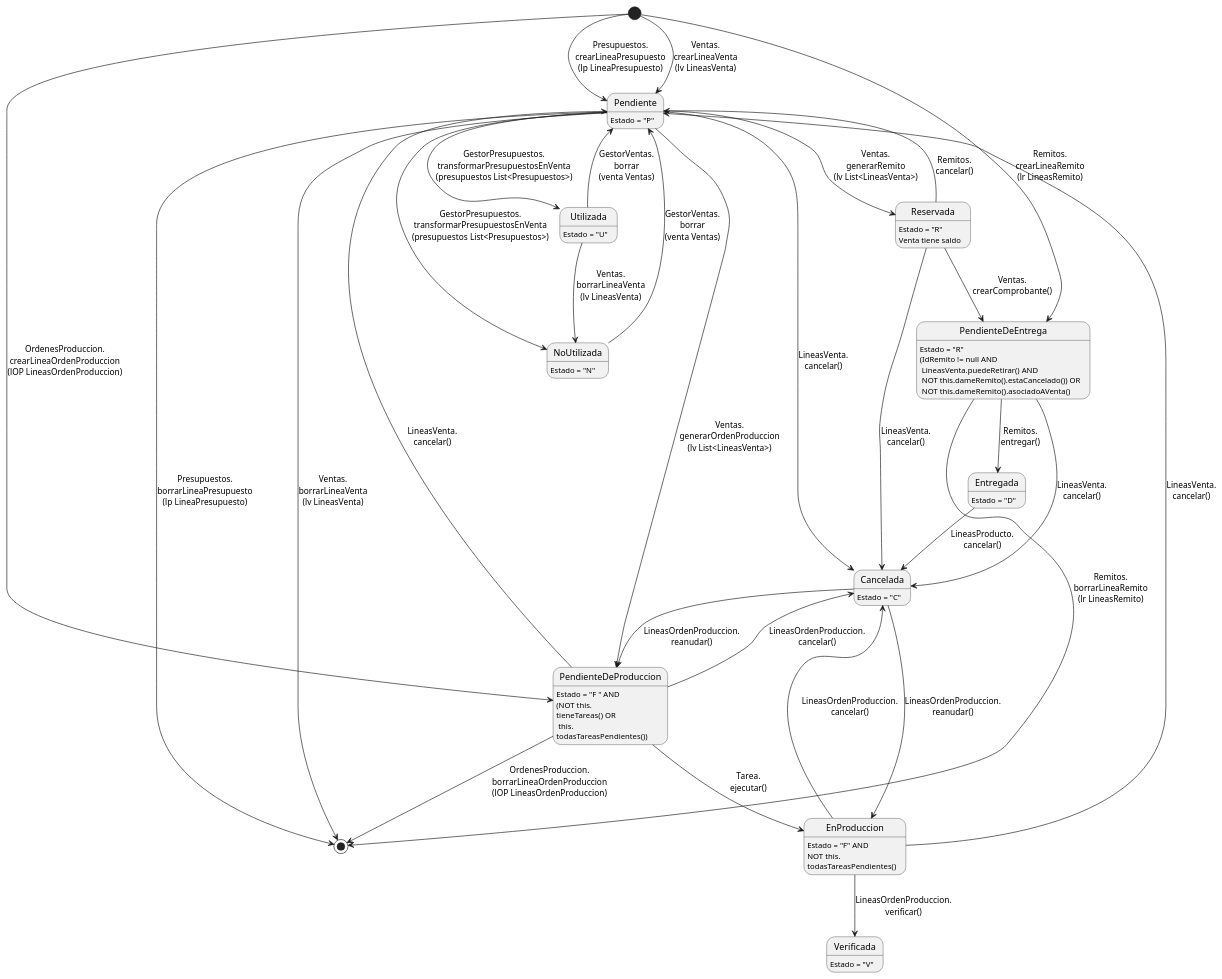
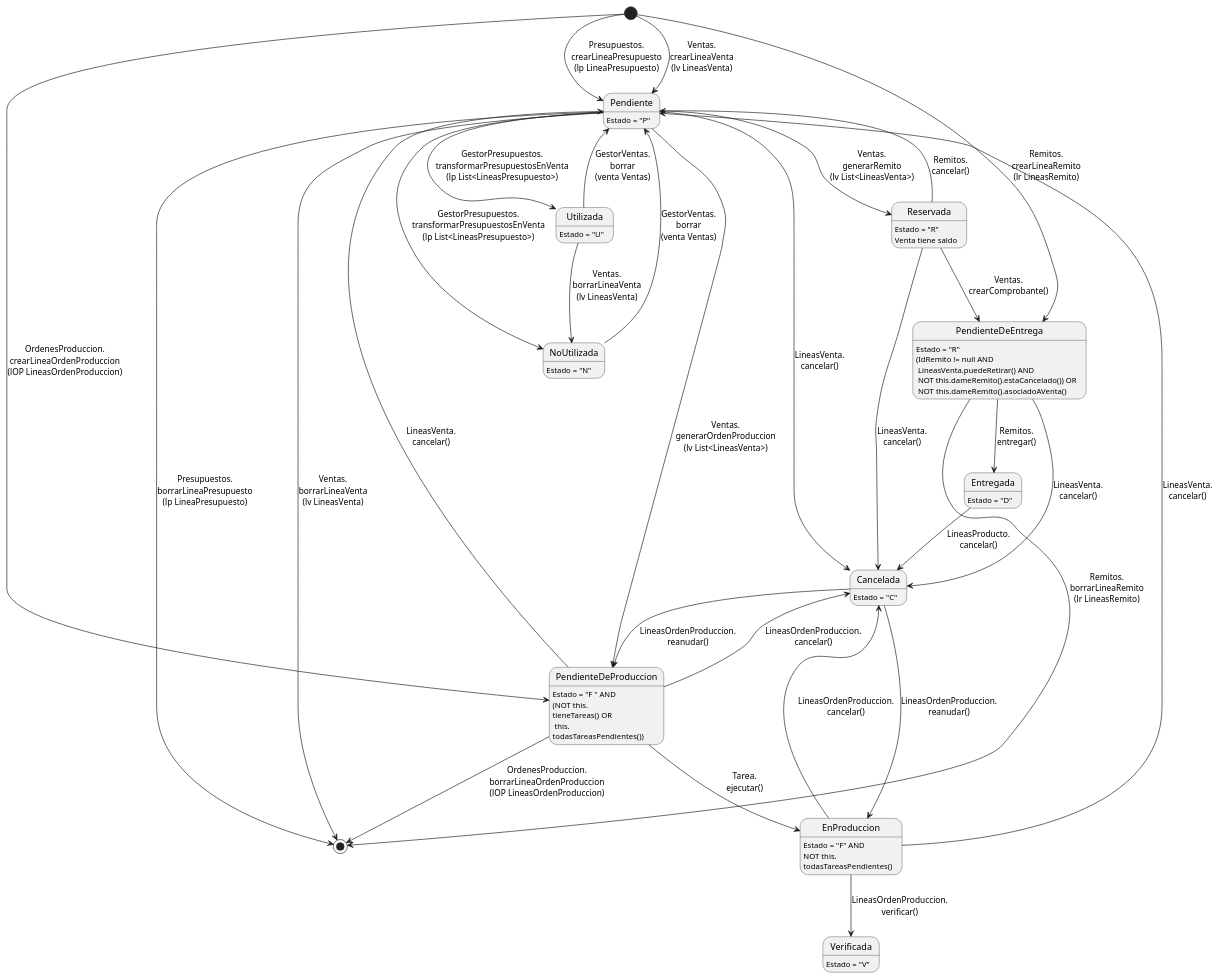
One commit to ZMGestion/DocumentacionZMGestion changed the third of 7 diagrams in DiagramasEstado/DiagramaDeEstado.puml. Above: the diagram before and after it, drawn with PlantUML. The commit also changed other lines of this file and 2 other files, not shown here.

Commit message:
Cambios DiagramaDeEstado DiagramaDeSecuencia y generarRemitoDesdeVenta

```diff
--- a/DiagramasEstado/DiagramaDeEstado.puml
+++ b/DiagramasEstado/DiagramaDeEstado.puml
@@ -40,50 +40,50 @@
 @startuml lineasProducto
 Pendiente: Estado = "P"
 Cancelada: Estado = "C"
 NoUtilizada: Estado = "N"
 Utilizada: Estado = "U"
 PendienteDeProduccion: Estado = "F " AND
 PendienteDeProduccion:(NOT this.\ntieneTareas() OR\n this.\ntodasTareasPendientes())
 EnProduccion: Estado = "F" AND
 EnProduccion: NOT this.\ntodasTareasPendientes()
 Verificada: Estado = "V"
 Reservada: Estado = "R"
 Reservada: Venta tiene saldo
 PendienteDeEntrega: Estado = "R"
 PendienteDeEntrega: (IdRemito != null AND\n LineasVenta.puedeRetirar() AND\n NOT this.dameRemito().estaCancelado()) OR\n NOT this.dameRemito().asociadoAVenta()
 'Hicimos que estado = D para simplicidad en la busqueda.
 Entregada: Estado = "D" 
 
 top to bottom direction
 [*] --> Pendiente: Presupuestos.\ncrearLineaPresupuesto\n(lp LineaPresupuesto)
 [*] --> Pendiente: Ventas.\ncrearLineaVenta\n(lv LineasVenta)
 [*] --> PendienteDeEntrega: Remitos.\ncrearLineaRemito\n(lr LineasRemito)
 Pendiente --> [*]: Ventas.\nborrarLineaVenta\n(lv LineasVenta)
 Pendiente --> [*]: Presupuestos.\nborrarLineaPresupuesto\n(lp LineaPresupuesto)
 [*] --> PendienteDeProduccion: OrdenesProduccion.\ncrearLineaOrdenProduccion\n(lOP LineasOrdenProduccion)
 PendienteDeProduccion --> [*]: OrdenesProduccion.\nborrarLineaOrdenProduccion\n(lOP LineasOrdenProduccion)
-Pendiente --> Utilizada: GestorPresupuestos.\ntransformarPresupuestosEnVenta\n(presupuestos List<Presupuestos>)
+Pendiente --> Utilizada: GestorPresupuestos.\ntransformarPresupuestosEnVenta\n(lp List<LineasPresupuesto>)
 Utilizada --> Pendiente: GestorVentas.\nborrar\n(venta Ventas)
-Pendiente --> NoUtilizada: GestorPresupuestos.\ntransformarPresupuestosEnVenta\n(presupuestos List<Presupuestos>)
+Pendiente --> NoUtilizada: GestorPresupuestos.\ntransformarPresupuestosEnVenta\n(lp List<LineasPresupuesto>)
 NoUtilizada --> Pendiente: GestorVentas.\nborrar\n(venta Ventas)
 Utilizada --> NoUtilizada: Ventas.\nborrarLineaVenta\n(lv LineasVenta)
 Pendiente --> Cancelada: LineasVenta.\ncancelar()
 Pendiente --> PendienteDeProduccion: Ventas.\ngenerarOrdenProduccion\n(lv List<LineasVenta>)
 Pendiente --> Reservada: Ventas.\ngenerarRemito\n(lv List<LineasVenta>)
 Reservada --> Pendiente: Remitos.\ncancelar()
 PendienteDeProduccion --> Cancelada: LineasOrdenProduccion.\ncancelar()
 PendienteDeProduccion --> EnProduccion: Tarea.\nejecutar()
 PendienteDeProduccion --> Pendiente: LineasVenta.\ncancelar()
 EnProduccion --> Cancelada: LineasOrdenProduccion.\ncancelar()
 EnProduccion --> Pendiente: LineasVenta.\ncancelar()
 Cancelada --> EnProduccion: LineasOrdenProduccion.\nreanudar()
 Cancelada --> PendienteDeProduccion: LineasOrdenProduccion.\nreanudar()
 Reservada --> Cancelada: LineasVenta.\ncancelar()
 EnProduccion --> Verificada: LineasOrdenProduccion.\nverificar()
 Reservada --> PendienteDeEntrega: Ventas.\ncrearComprobante()
 PendienteDeEntrega --> Entregada: Remitos.\nentregar()
 PendienteDeEntrega --> Cancelada: LineasVenta.\ncancelar()
 PendienteDeEntrega --> [*]: Remitos.\nborrarLineaRemito\n(lr LineasRemito)
 Entregada --> Cancelada: LineasProducto.\ncancelar()
 
 @enduml
```
